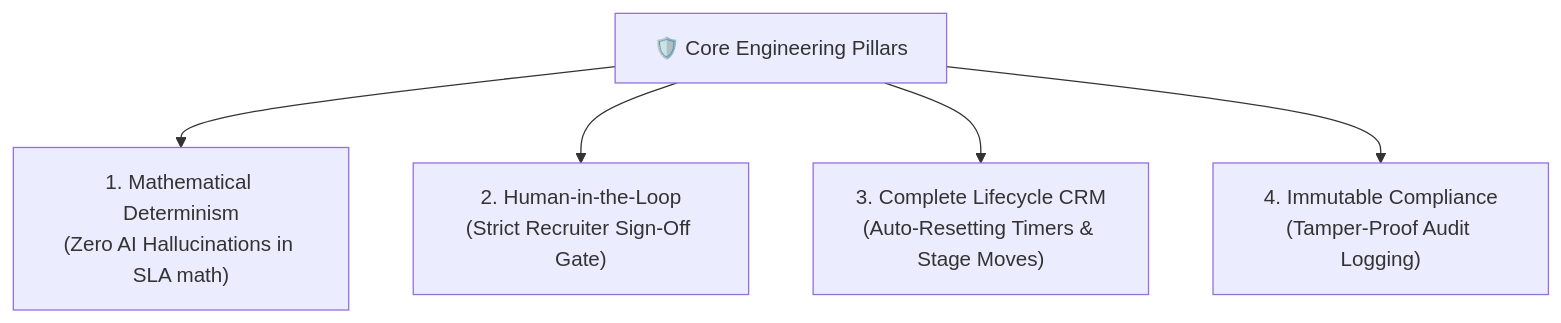
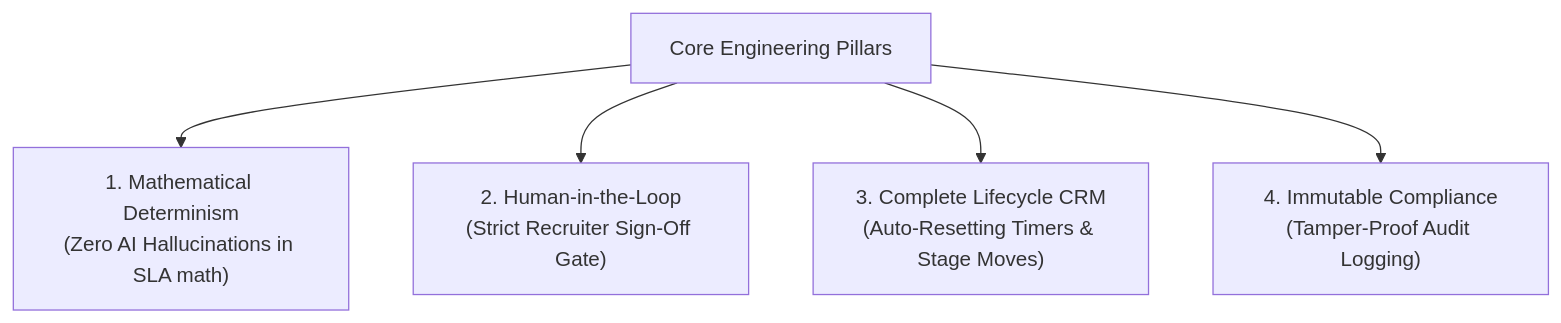
Before and after one commit to ajayroll1/Stall_Alert: the first of 3 diagrams in INTENT.md, drawn with Mermaid. The commit also changed other lines of this file and 9 other files, not shown here.

````diff
--- a/INTENT.md
+++ b/INTENT.md
@@ -29,7 +29,7 @@
 ```mermaid
 graph TD
-    A["🛡️ Core Engineering Pillars"] --> B["1. Mathematical Determinism\n(Zero AI Hallucinations in SLA math)"]
+    A[" Core Engineering Pillars"] --> B["1. Mathematical Determinism\n(Zero AI Hallucinations in SLA math)"]
     A --> C["2. Human-in-the-Loop\n(Strict Recruiter Sign-Off Gate)"]
     A --> D["3. Complete Lifecycle CRM\n(Auto-Resetting Timers & Stage Moves)"]
     A --> E["4. Immutable Compliance\n(Tamper-Proof Audit Logging)"]
 ```
````
